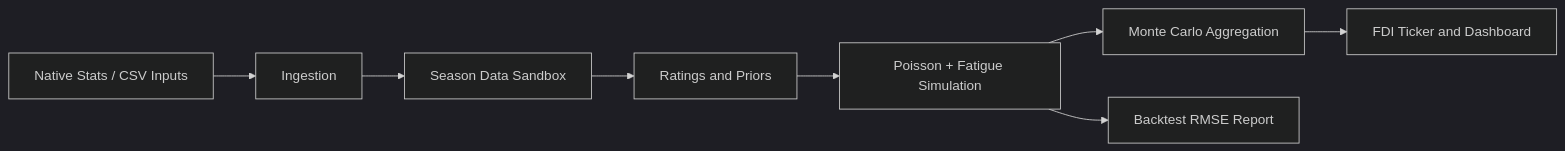
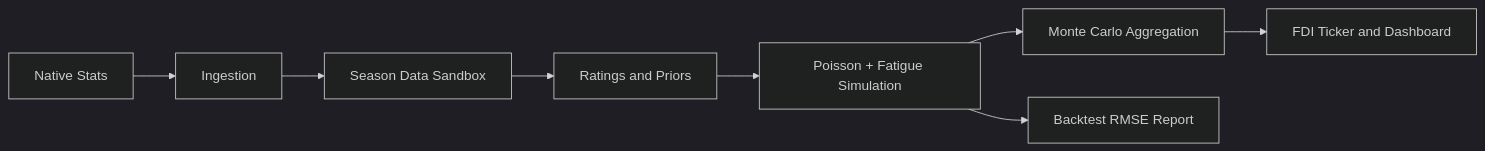
Before and after one commit to Gi-ft/2026-27-EPL-Prediction: the diagram in README.md, drawn with Mermaid (dark theme).

Commit message:
Remove 'CSV Inputs' from architecture diagram

````diff
--- a/README.md
+++ b/README.md
@@ -50,10 +50,10 @@
 ```mermaid
 flowchart LR
-    A[Native Stats / CSV Inputs] --> B[Ingestion]
+    A[Native Stats] --> B[Ingestion]
     B --> C[Season Data Sandbox]
     C --> D[Ratings and Priors]
     D --> E[Poisson + Fatigue Simulation]
     E --> F[Monte Carlo Aggregation]
     F --> G[FDI Ticker and Dashboard]
     E --> H[Backtest RMSE Report]
 ```
````
